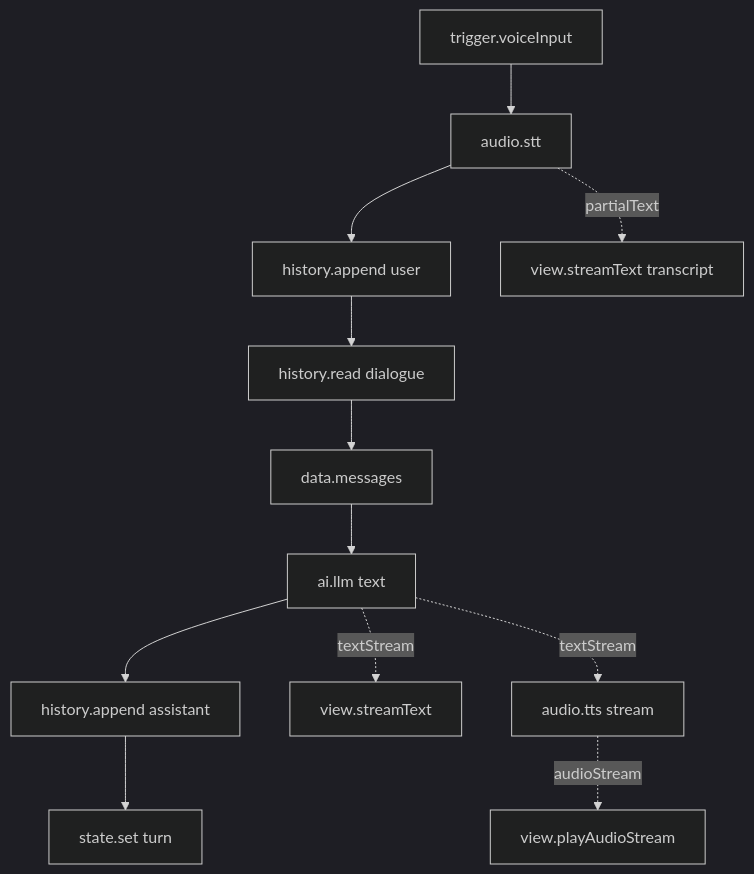
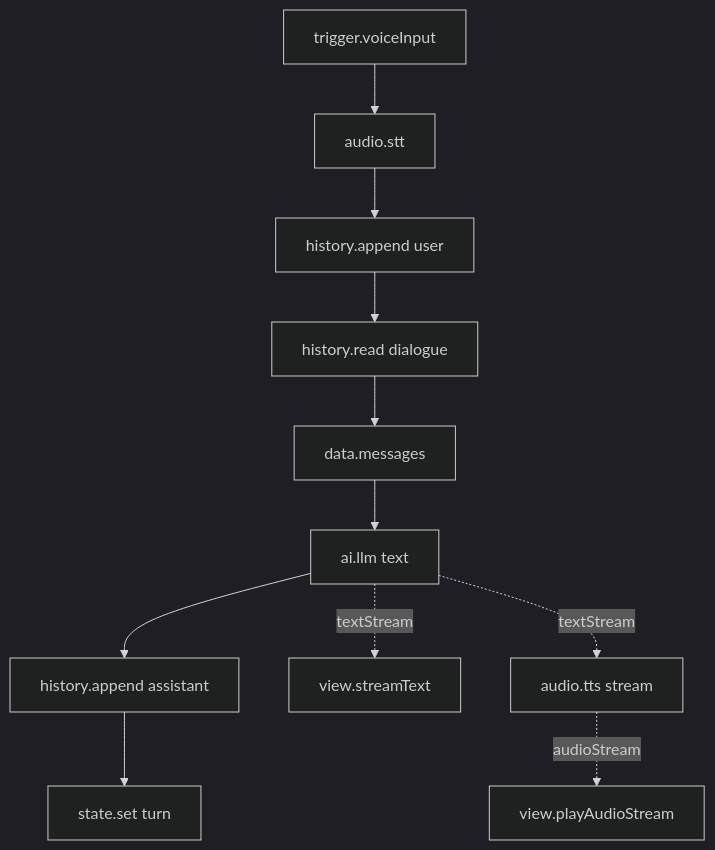
The second of 3 diagrams in docs/prime-world-workflow-design.md (daife/echoo), drawn with Mermaid (dark theme) before and after one commit. The commit also changed other lines of this file and 51 other files, not shown here.

````diff
--- a/docs/prime-world-workflow-design.md
+++ b/docs/prime-world-workflow-design.md
@@ -630,14 +643,13 @@
 ```mermaid
 flowchart TD
     VOICE["trigger.voiceInput"] --> STT["audio.stt"]
     STT --> USER_HISTORY["history.append user"]
     USER_HISTORY --> READ["history.read dialogue"]
     READ --> MESSAGES["data.messages"]
     MESSAGES --> LLM["ai.llm text"]
     LLM --> ASSISTANT_HISTORY["history.append assistant"]
     ASSISTANT_HISTORY --> TURN["state.set turn"]
     LLM -. "textStream" .-> SUBTITLE["view.streamText"]
     LLM -. "textStream" .-> TTS["audio.tts stream"]
     TTS -. "audioStream" .-> AUDIO["view.playAudioStream"]
-    STT -. "partialText" .-> TRANSCRIPT["view.streamText transcript"]
 ```
````
